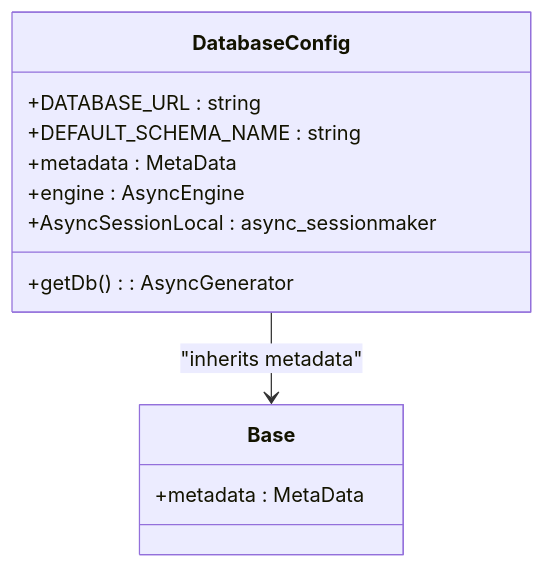
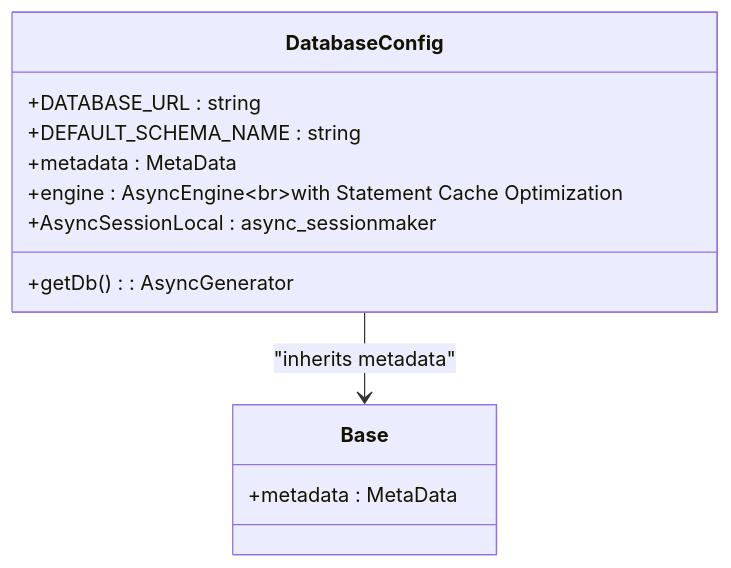
The third of 9 diagrams in .qoder/repowiki/en/content/Advanced Topics/Database Configuration and Connection Management.md (srikant-panda/auth-service), drawn with Mermaid before and after one commit. The commit also changed other lines of this file and 19 other files, not shown here.

````diff
--- a/.qoder/repowiki/en/content/Advanced Topics/Database Configuration and Connection Management.md
+++ b/.qoder/repowiki/en/content/Advanced Topics/Database Configuration and Connection Management.md
@@ -141,15 +151,15 @@
 ```mermaid
 classDiagram
 class DatabaseConfig {
 +DATABASE_URL : string
 +DEFAULT_SCHEMA_NAME : string
 +metadata : MetaData
-+engine : AsyncEngine
++engine : AsyncEngine<br/>with Statement Cache Optimization
 +AsyncSessionLocal : async_sessionmaker
 +getDb() : AsyncGenerator
 }
 class Base {
 +metadata : MetaData
 }
 DatabaseConfig --> Base : "inherits metadata"
 ```
````
